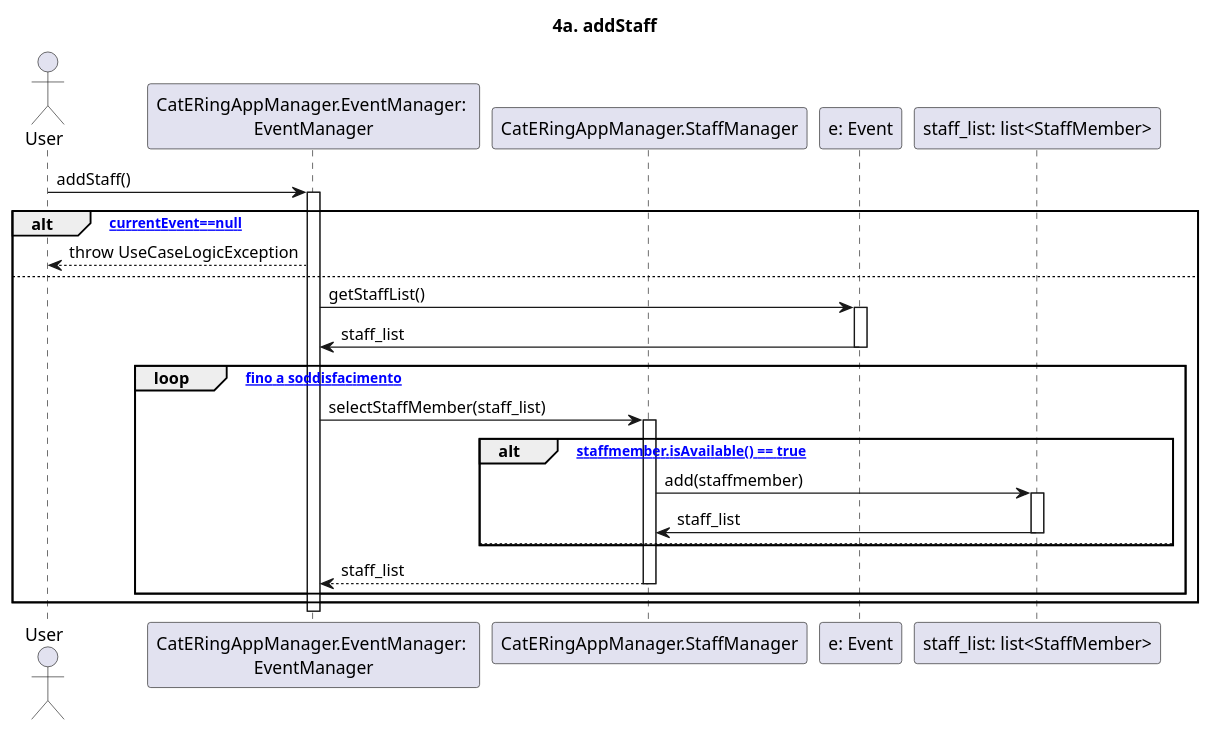
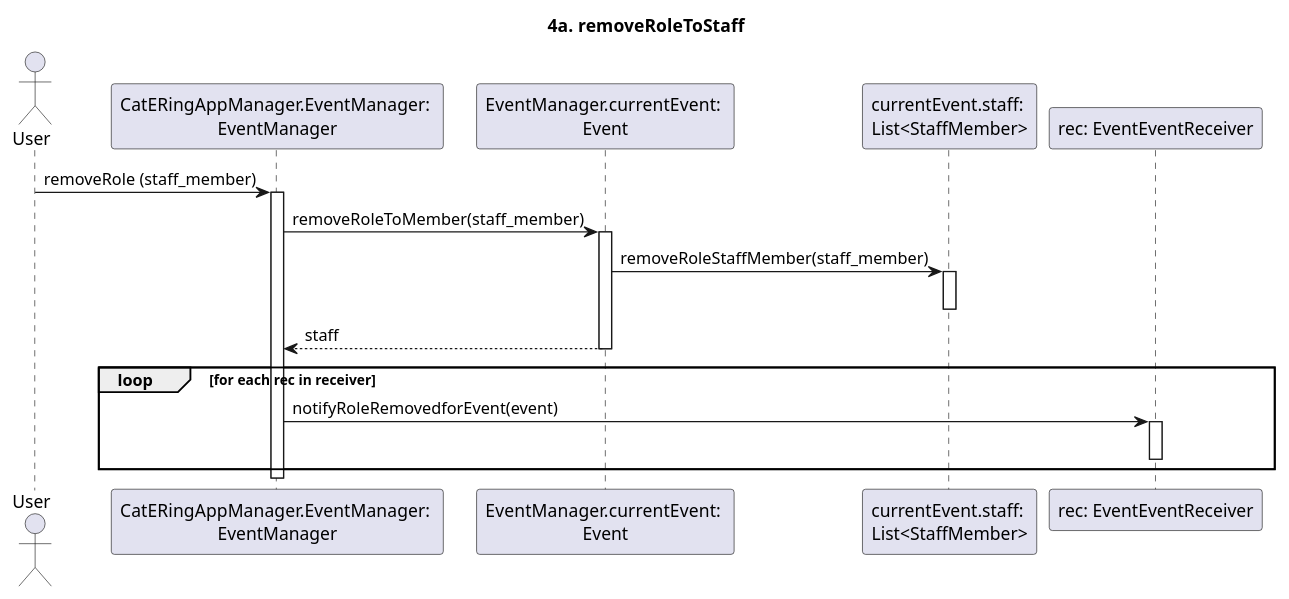
The diagram in dsd/dsd-eventi/estensioniEcc/4c-removeRoleFromStaff.md (m0canu1/sas), drawn with PlantUML before and after one commit. The commit also changed 1 other file, not shown here.

Commit message:
fine estensioni evento

````diff
--- a/dsd/dsd-eventi/estensioniEcc/4c-removeRoleFromStaff.md
+++ b/dsd/dsd-eventi/estensioniEcc/4c-removeRoleFromStaff.md
@@ -1,38 +1,26 @@
 ```plantuml
 
-title: 4a. addStaff
+title: 4a. removeRoleToStaff
 
 Actor User
 Participant "CatERingAppManager.EventManager: \nEventManager" as EM
-Participant "CatERingAppManager.StaffManager" as SM
-Participant "e: Event" as E
-
-User -> EM: addStaff()
+Participant "EventManager.currentEvent: \nEvent" as E
+Participant "currentEvent.staff: \nList<StaffMember>" as SM
+Participant "rec: EventEventReceiver" as EER
+User -> EM: removeRole (staff_member)
 Activate EM
-
-alt [currentEvent==null]
-    EM --> User: throw UseCaseLogicException
-else
-    EM -> E: getStaffList()
+    EM -> E: removeRoleToMember(staff_member)
     Activate E
-    E -> EM: staff_list
+       E -> SM: removeRoleStaffMember(staff_member)
+       Activate SM
+       Deactivate SM
+       E --> EM: staff
     Deactivate E
-    
-    loop ["fino a soddisfacimento"]
-        EM -> SM: selectStaffMember(staff_list)
-        Activate SM
-        
-        alt ["staffmember.isAvailable() == true"]
-            SM -> "staff_list: list<StaffMember>": add(staffmember)
-            Activate "staff_list: list<StaffMember>"
-            "staff_list: list<StaffMember>" -> SM: staff_list
-            Deactivate "staff_list: list<StaffMember>"
-        else 
-        end
-        SM --> EM: staff_list
-        Deactivate SM
-    end    
-end
+    loop for each rec in receiver
+       EM -> EER: notifyRoleRemovedforEvent(event)
+       Activate EER
+       Deactivate EER
+    end
 Deactivate EM
 
 ```
````
